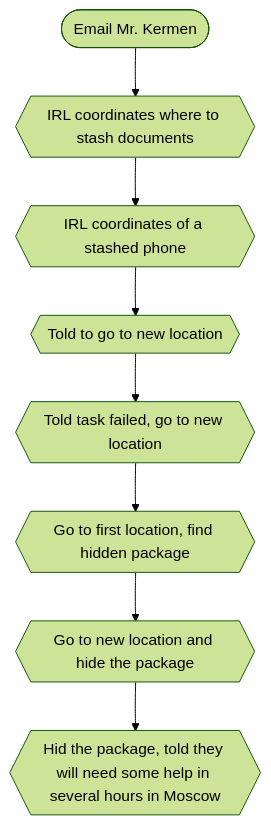
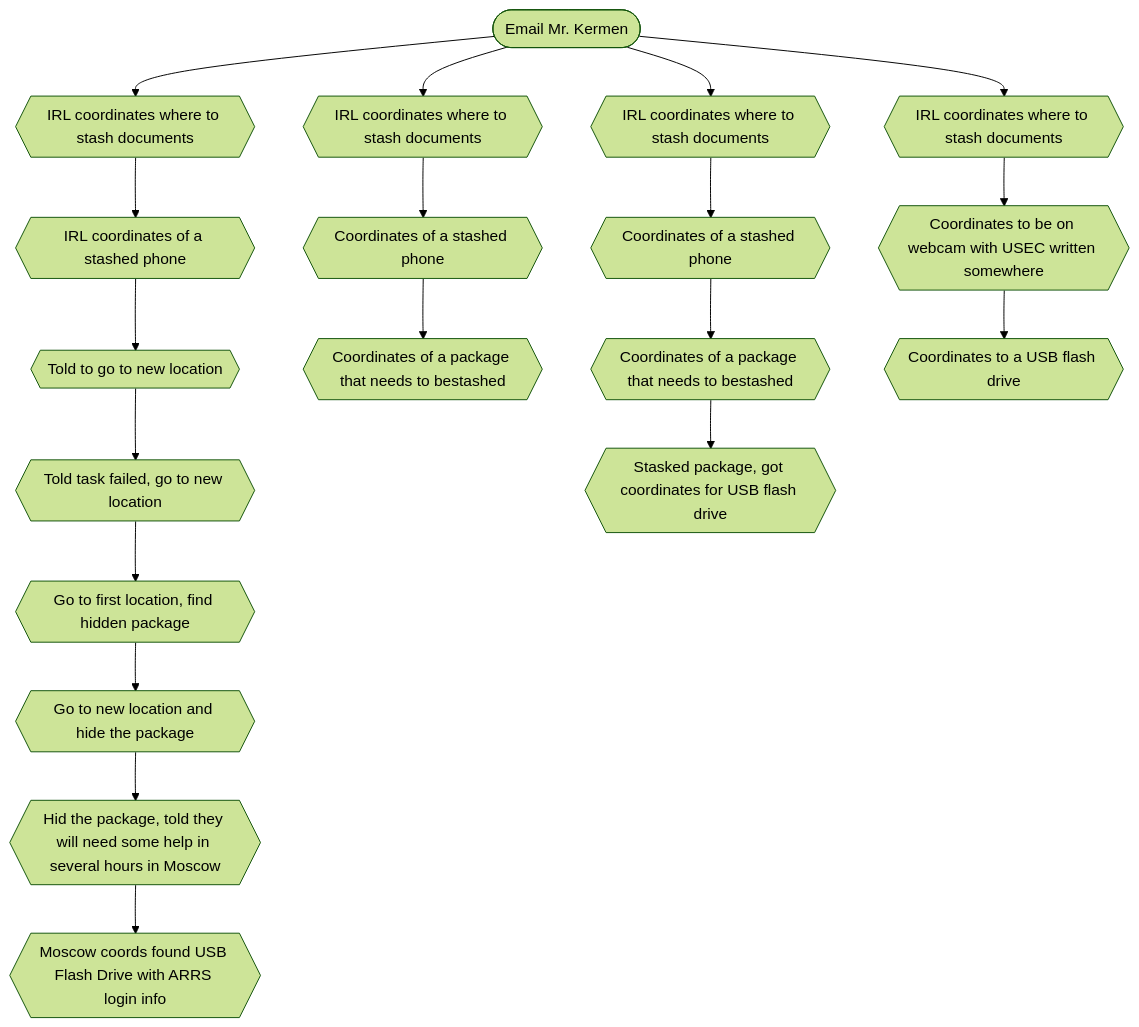
Before and after one commit to 3ncy/ARRS-s5: the diagram in irl2-tracker.md, drawn with Mermaid (forest theme).

````diff
--- a/irl2-tracker.md
+++ b/irl2-tracker.md
@@ -4,10 +4,24 @@
 ```mermaid
 graph TD;
     email(["Email Mr. Kermen"]) --> irl2{{IRL coordinates where to stash documents}};
     irl2 --> irl3{{IRL coordinates of a stashed phone}};
     irl3 --> irl4{{Told to go to new location}};
     irl4 --> irl5{{Told task failed, go to new location}};
     irl5 --> irl6{{Go to first location, find hidden package}};
     irl6 --> irl7{{Go to new location and hide the package}};
-    irl7 --> irl8{{Hid the package, told they will need some help in several hours in Moscow}}
+    irl7 --> irl8{{Hid the package, told they will need some help in several hours in Moscow}};
+    irl8 --> irl9{{Moscow coords found USB Flash Drive with ARRS login info}}
+
+    email(["Email Mr. Kermen"]) --> irle2{{IRL coordinates where to stash documents}};
+    irle2 --> irle3{{Coordinates of a stashed phone}};
+    irle3 --> irle4{{Coordinates of a package that needs to bestashed}}
+
+    email(["Email Mr. Kermen"]) --> irlu2{{IRL coordinates where to stash documents}};
+    irlu2 --> irlu3{{Coordinates of a stashed phone}};
+    irlu3 --> irlu4{{Coordinates of a package that needs to bestashed}};
+    irlu4 --> irlu5{{Stasked package, got coordinates for USB flash drive}}
+
+    email(["Email Mr. Kermen"]) --> irlj2{{IRL coordinates where to stash documents}};
+    irlj2 --> irlj3{{Coordinates to be on webcam with USEC written somewhere}};
+    irlj3 --> irlj4{{Coordinates to a USB flash drive}}
 ```
````
